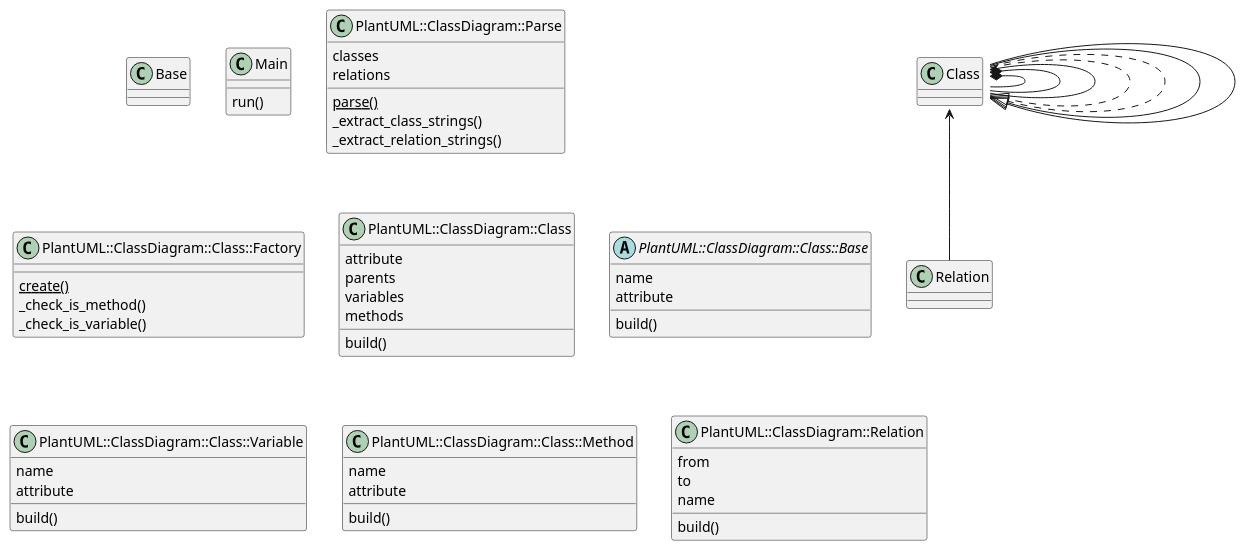
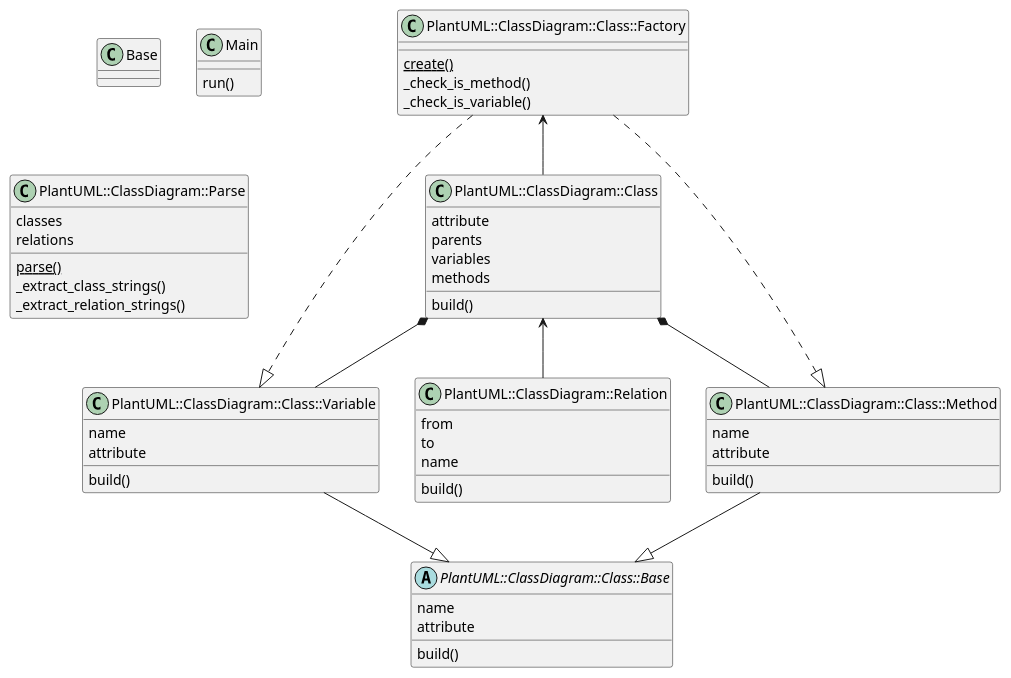
One commit to Kesin11/plantuml_class_digram_parse changed the diagram in t/fixture/all.pu. Above: the diagram before and after it, drawn with PlantUML. The commit also changed 3 other files, not shown here.

```diff
--- a/t/fixture/all.pu
+++ b/t/fixture/all.pu
@@ -1,76 +1,76 @@
 @startuml
 
 class Base {
 }
 
 /'
 class CommentOutClass {
 }
 '/
 
 class Main {
   run()
 }
 
 class PlantUML::ClassDiagram::Parse {
   classes
   relations
   {static} parse()
   _extract_class_strings()
   _extract_relation_strings()
 }
 
 class PlantUML::ClassDiagram::Class::Factory {
   {static} create()
   _check_is_method()
   _check_is_variable()
 }
 
 class PlantUML::ClassDiagram::Class {
   attribute
   parents
   variables
   methods
   build()
 }
 
 abstract class PlantUML::ClassDiagram::Class::Base {
   name
   attribute
   build()
 }
 
 class PlantUML::ClassDiagram::Class::Variable {
   name
   attribute
   build()
 }
 
 class PlantUML::ClassDiagram::Class::Method {
   name
   attribute
   build()
 }
 
 class PlantUML::ClassDiagram::Relation {
   from
   to
   name
   build()
 }
 
 /'
 class CommentOutClass {
 }
 '/
 
-Class *-- Class::Variable
-Class *-- Class::Method
-Class <-- Relation
-Class::Factory <-- Class
-Class::Factory ..|> Class::Variable
-Class::Factory ..|> Class::Method
-Class::Variable -down-|> Class::Base
-Class::Method   -down-|> Class::Base
+PlantUML::ClassDiagram::Class *-- PlantUML::ClassDiagram::Class::Variable
+PlantUML::ClassDiagram::Class *-- PlantUML::ClassDiagram::Class::Method
+PlantUML::ClassDiagram::Class <-- PlantUML::ClassDiagram::Relation
+PlantUML::ClassDiagram::Class::Factory <-- PlantUML::ClassDiagram::Class
+PlantUML::ClassDiagram::Class::Factory ..|> PlantUML::ClassDiagram::Class::Variable
+PlantUML::ClassDiagram::Class::Factory ..|> PlantUML::ClassDiagram::Class::Method
+PlantUML::ClassDiagram::Class::Variable -down-|> PlantUML::ClassDiagram::Class::Base
+PlantUML::ClassDiagram::Class::Method -down-|> PlantUML::ClassDiagram::Class::Base
 
 @enduml
```
